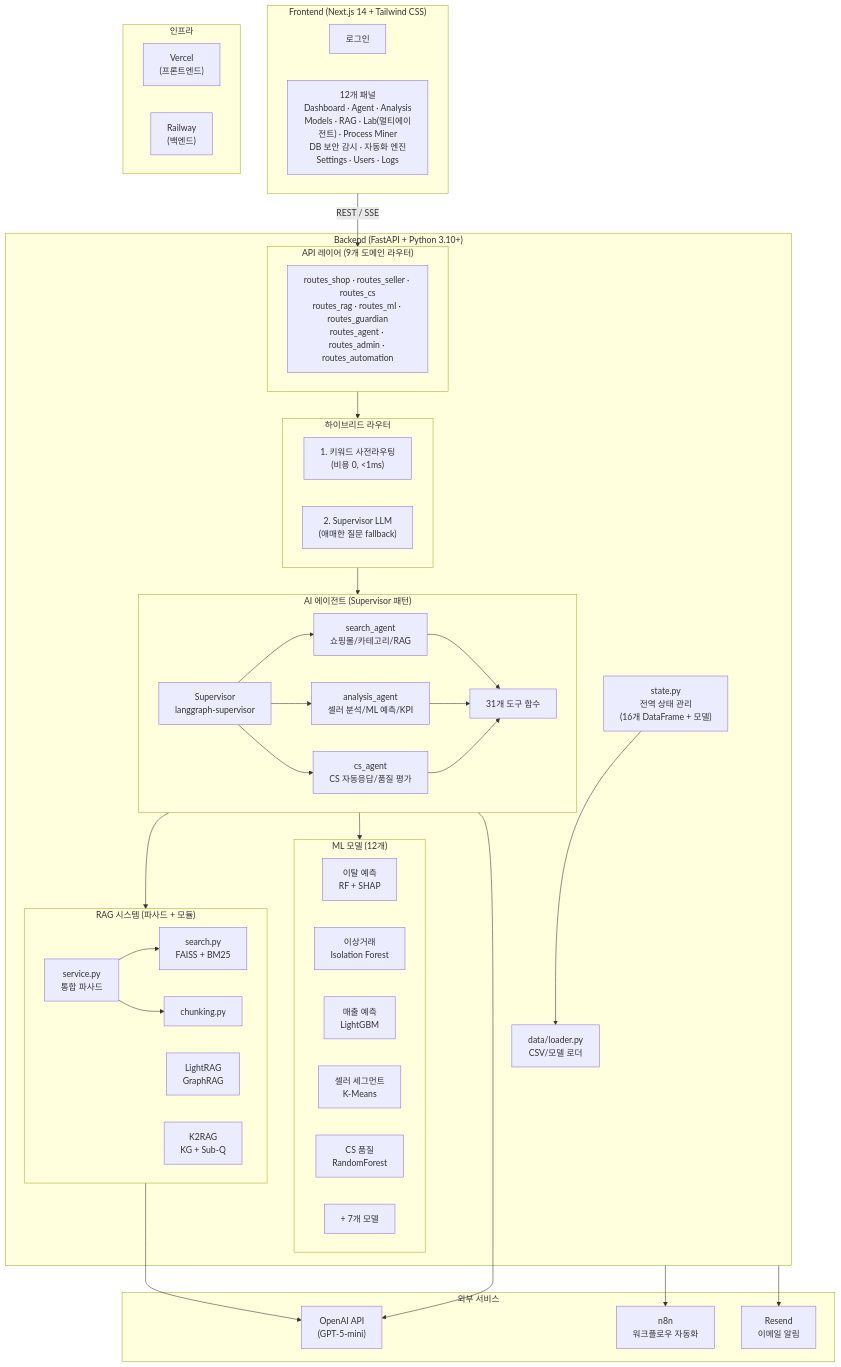
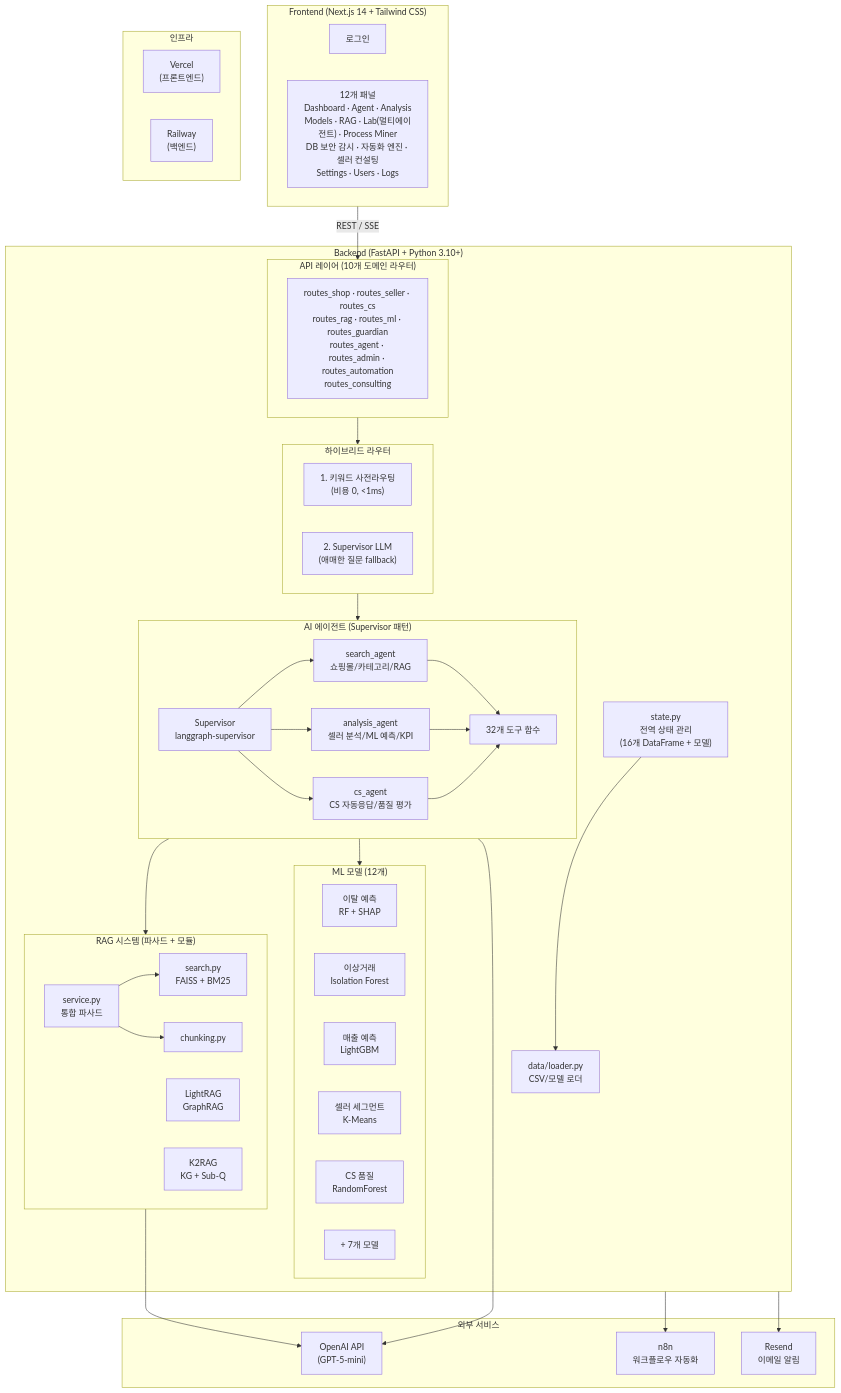
The first of 7 diagrams in README.md (ASNGG/cafe24-demo), drawn with Mermaid before and after one commit. The commit also changed other lines of this file and 12 other files, not shown here.

First line of the commit message:
feat: v9.8 셀러 컨설팅 에이전트 (4단계 멀티스텝 워크플로우)

````diff
--- a/README.md
+++ b/README.md
@@ -268,76 +281,76 @@
 ```mermaid
 flowchart TB
     subgraph Frontend["Frontend (Next.js 14 + Tailwind CSS)"]
         Login[로그인]
-        Panels["12개 패널<br/>Dashboard · Agent · Analysis<br/>Models · RAG · Lab(멀티에이전트) · Process Miner<br/>DB 보안 감시 · 자동화 엔진<br/>Settings · Users · Logs"]
+        Panels["12개 패널<br/>Dashboard · Agent · Analysis<br/>Models · RAG · Lab(멀티에이전트) · Process Miner<br/>DB 보안 감시 · 자동화 엔진 · 셀러 컨설팅<br/>Settings · Users · Logs"]
     end
 
     subgraph Backend["Backend (FastAPI + Python 3.10+)"]
-        subgraph API["API 레이어 (9개 도메인 라우터)"]
-            Routes["routes_shop · routes_seller · routes_cs<br/>routes_rag · routes_ml · routes_guardian<br/>routes_agent · routes_admin · routes_automation"]
+        subgraph API["API 레이어 (10개 도메인 라우터)"]
+            Routes["routes_shop · routes_seller · routes_cs<br/>routes_rag · routes_ml · routes_guardian<br/>routes_agent · routes_admin · routes_automation<br/>routes_consulting"]
         end
 
         subgraph Router["하이브리드 라우터"]
             R1["1. 키워드 사전라우팅<br/>(비용 0, <1ms)"]
             R2["2. Supervisor LLM<br/>(애매한 질문 fallback)"]
         end
 
         subgraph Agent["AI 에이전트 (Supervisor 패턴)"]
             Supervisor["Supervisor<br/>langgraph-supervisor"]
             SearchAgent["search_agent<br/>쇼핑몰/카테고리/RAG"]
             AnalysisAgent["analysis_agent<br/>셀러 분석/ML 예측/KPI"]
             CSAgent["cs_agent<br/>CS 자동응답/품질 평가"]
-            Tools["31개 도구 함수"]
+            Tools["32개 도구 함수"]
         end
 
         subgraph RAGSystem["RAG 시스템 (파사드 + 모듈)"]
             Service["service.py<br/>통합 파사드"]
             HybridRAG["search.py<br/>FAISS + BM25"]
             LightRAGNode["LightRAG<br/>GraphRAG"]
             K2RAGNode["K2RAG<br/>KG + Sub-Q"]
             Chunking["chunking.py"]
         end
 
         subgraph MLModels["ML 모델 (12개)"]
             Churn["이탈 예측<br/>RF + SHAP"]
             Fraud["이상거래<br/>Isolation Forest"]
             Revenue["매출 예측<br/>LightGBM"]
             Segment["셀러 세그먼트<br/>K-Means"]
             CSQuality["CS 품질<br/>RandomForest"]
             Others["+ 7개 모델"]
         end
 
         State["state.py<br/>전역 상태 관리<br/>(16개 DataFrame + 모델)"]
         DataLoader["data/loader.py<br/>CSV/모델 로더"]
     end
 
     subgraph External["외부 서비스"]
         OpenAI["OpenAI API<br/>(GPT-5-mini)"]
         n8n["n8n<br/>워크플로우 자동화"]
         Resend["Resend<br/>이메일 알림"]
     end
 
     subgraph Infra["인프라"]
         Vercel["Vercel<br/>(프론트엔드)"]
         Railway["Railway<br/>(백엔드)"]
     end
 
     Frontend -->|"REST / SSE"| API
     API --> Router
     Router --> Agent
     Agent --> RAGSystem
     Agent --> MLModels
     Agent --> OpenAI
     Service --> HybridRAG
     Service --> Chunking
     RAGSystem --> OpenAI
     Supervisor --> SearchAgent
     Supervisor --> AnalysisAgent
     Supervisor --> CSAgent
     SearchAgent --> Tools
     AnalysisAgent --> Tools
     CSAgent --> Tools
     Backend --> n8n
     Backend --> Resend
     State --> DataLoader
 ```
````
